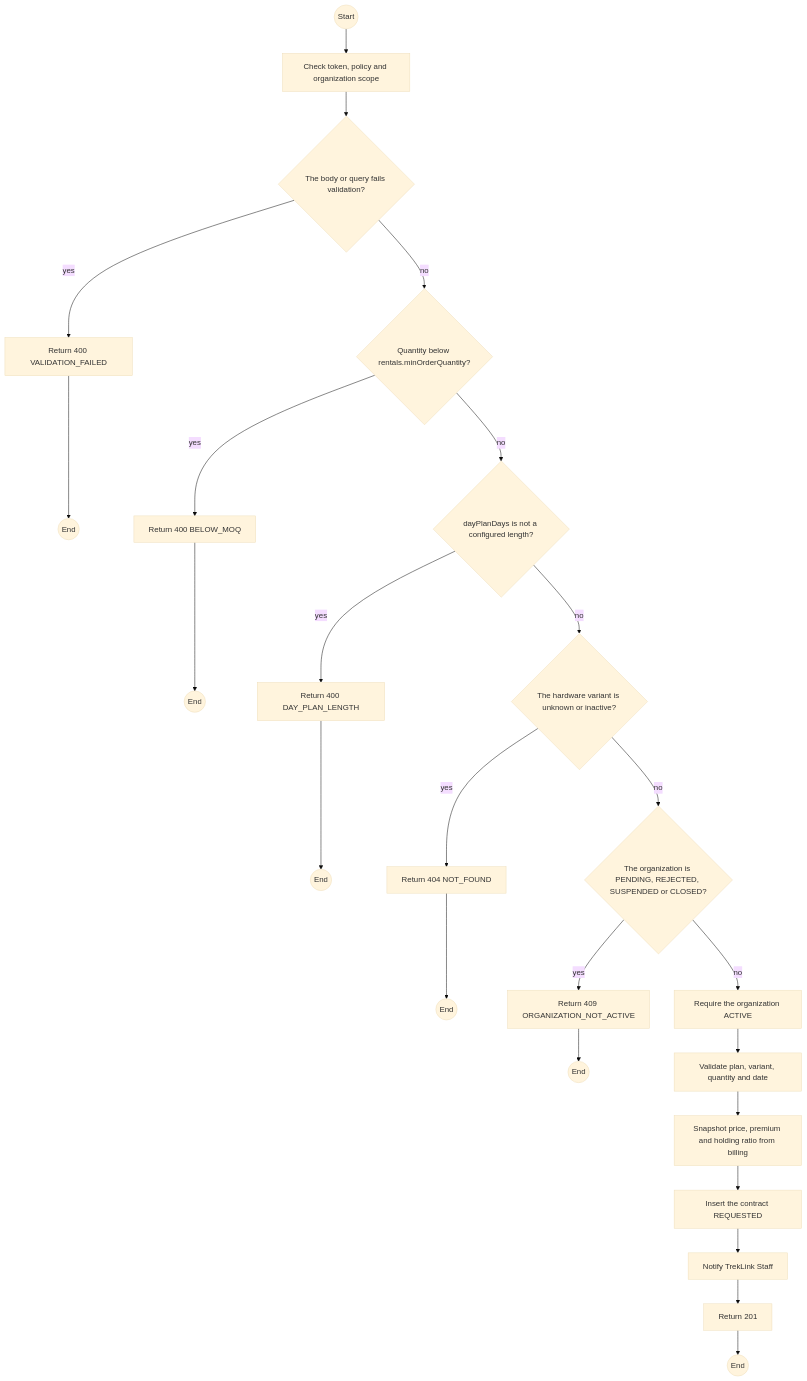
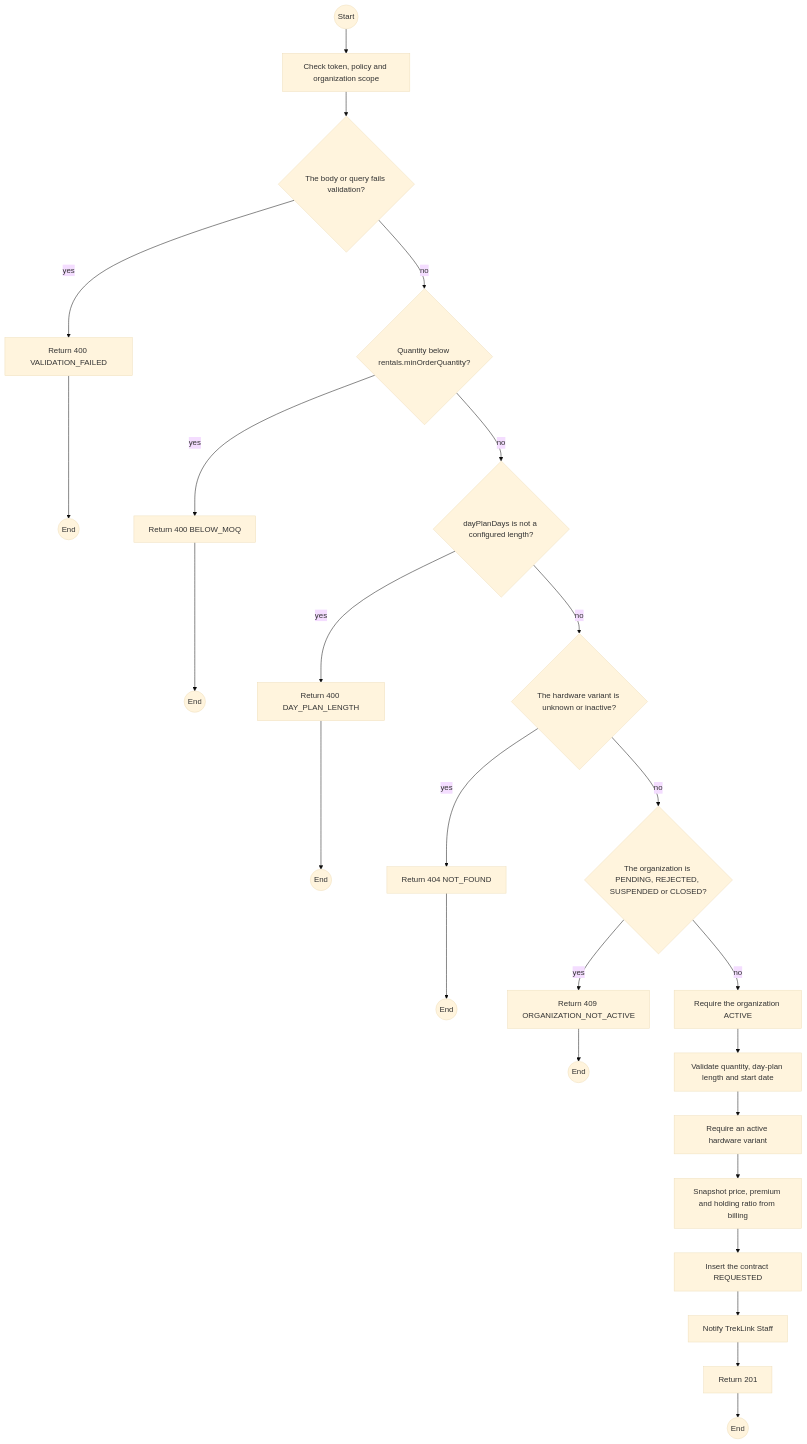
Before and after one commit to TrekLink-Team/treklink-web: the first of 2 diagrams in specs/rentals/api-design/01-post-contracts.md, drawn with Mermaid (base theme). The commit also changed 7 other files, not shown here.

````diff
--- a/specs/rentals/api-design/01-post-contracts.md
+++ b/specs/rentals/api-design/01-post-contracts.md
@@ -212,44 +212,46 @@
 ```mermaid
 flowchart TB
     S((Start))
     A0["Check token, policy and organization scope"]
     S --> A0
     D1{"The body or query fails validation?"}
     A0 --> D1
     E1["Return 400 VALIDATION_FAILED"]
     D1 -->|yes| E1
     E1 --> X1((End))
     D2{"Quantity below rentals.minOrderQuantity?"}
     D1 -->|no| D2
     E2["Return 400 BELOW_MOQ"]
     D2 -->|yes| E2
     E2 --> X2((End))
     D3{"dayPlanDays is not a configured length?"}
     D2 -->|no| D3
     E3["Return 400 DAY_PLAN_LENGTH"]
     D3 -->|yes| E3
     E3 --> X3((End))
     D4{"The hardware variant is unknown or inactive?"}
     D3 -->|no| D4
     E4["Return 404 NOT_FOUND"]
     D4 -->|yes| E4
     E4 --> X4((End))
     D5{"The organization is PENDING, REJECTED, SUSPENDED or CLOSED?"}
     D4 -->|no| D5
     E5["Return 409 ORGANIZATION_NOT_ACTIVE"]
     D5 -->|yes| E5
     E5 --> X5((End))
     P0["Require the organization ACTIVE"]
     D5 -->|no| P0
-    P1["Validate plan, variant, quantity and date"]
+    P1["Validate quantity, day-plan length and start date"]
     P0 --> P1
-    P2["Snapshot price, premium and holding ratio from billing"]
+    P2["Require an active hardware variant"]
     P1 --> P2
-    P3["Insert the contract REQUESTED"]
+    P3["Snapshot price, premium and holding ratio from billing"]
     P2 --> P3
-    P4["Notify TrekLink Staff"]
+    P4["Insert the contract REQUESTED"]
     P3 --> P4
+    P5["Notify TrekLink Staff"]
+    P4 --> P5
     OK["Return 201"]
-    P4 --> OK
+    P5 --> OK
     OK --> Z((End))
 ```
````
